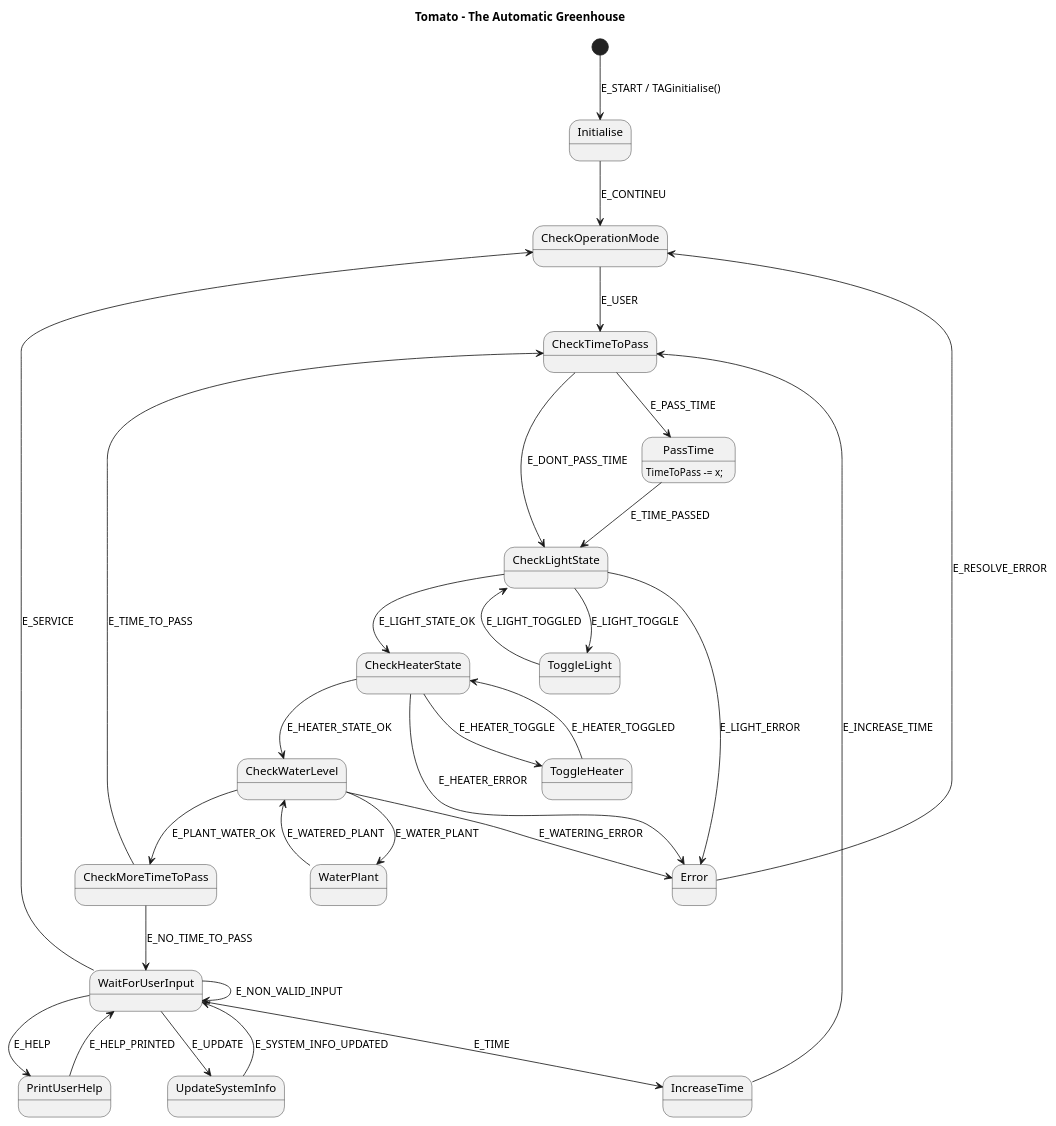
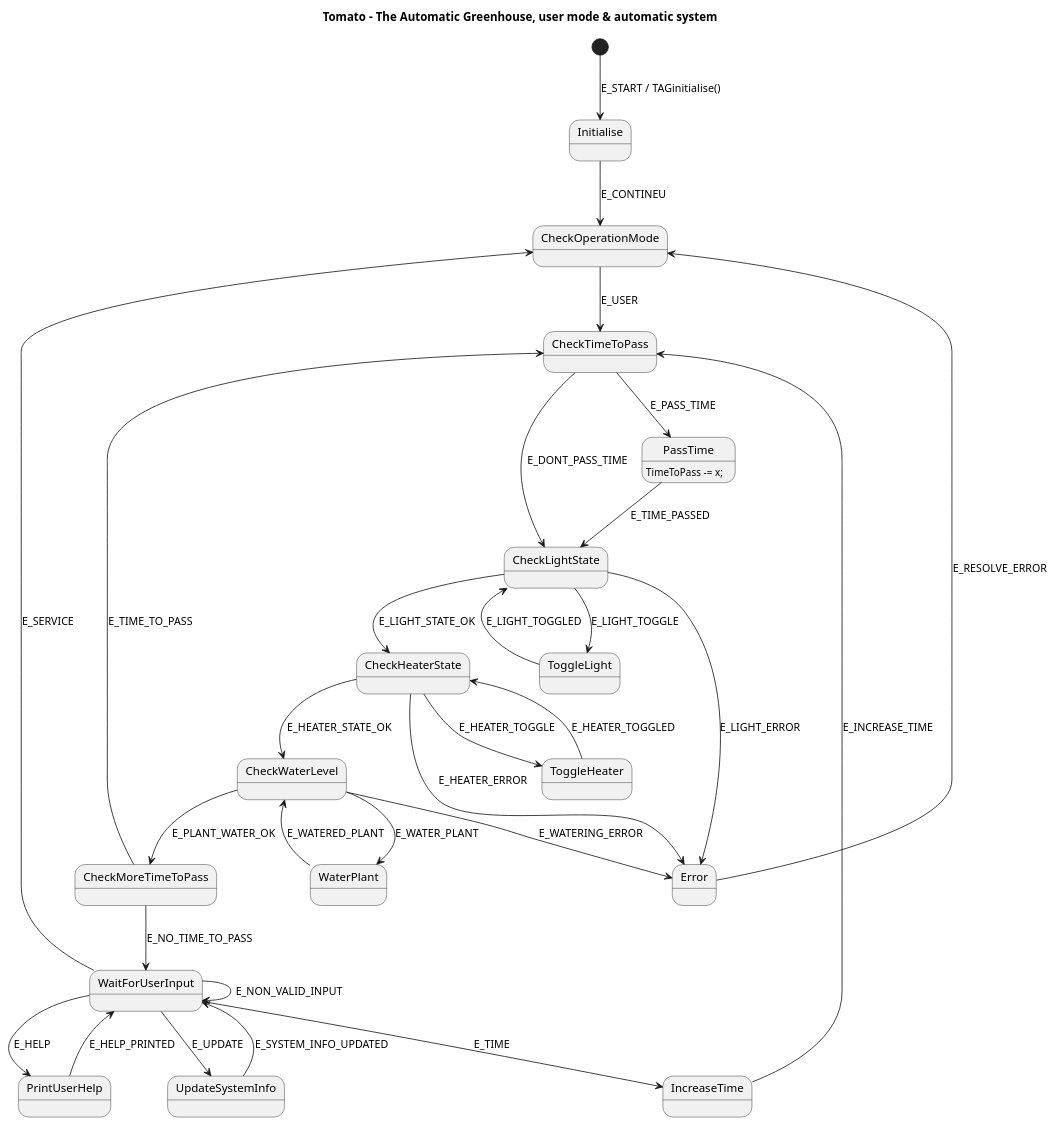
Before and after one commit to r1r3nn3/Tomato: the diagram in Tomato_UML/Tomato user UML.puml, drawn with PlantUML. The commit also changed 9 other files, not shown here.

```diff
--- a/Tomato_UML/Tomato user UML.puml
+++ b/Tomato_UML/Tomato user UML.puml
@@ -1,48 +1,48 @@
 @startuml
 
-title Tomato - The Automatic Greenhouse
+title Tomato - The Automatic Greenhouse, user mode & automatic system
 
 [*] --> Initialise : E_START / TAGinitialise()
 Initialise --> CheckOperationMode : E_CONTINEU
 
 CheckOperationMode --> CheckTimeToPass : E_USER
 
 Error --> CheckOperationMode : E_RESOLVE_ERROR
 
 CheckTimeToPass --> PassTime : E_PASS_TIME
 CheckTimeToPass --> CheckLightState : E_DONT_PASS_TIME
 PassTime --> CheckLightState : E_TIME_PASSED
 PassTime : TimeToPass -= x;
 
 CheckLightState --> ToggleLight : E_LIGHT_TOGGLE
 ToggleLight --> CheckLightState : E_LIGHT_TOGGLED
 CheckLightState --> Error : E_LIGHT_ERROR
 CheckLightState --> CheckHeaterState : E_LIGHT_STATE_OK
 
 CheckWaterLevel --> WaterPlant : E_WATER_PLANT
 WaterPlant --> CheckWaterLevel : E_WATERED_PLANT
 CheckWaterLevel --> Error : E_WATERING_ERROR
 CheckWaterLevel --> CheckMoreTimeToPass : E_PLANT_WATER_OK
 
 CheckHeaterState --> ToggleHeater : E_HEATER_TOGGLE
 ToggleHeater --> CheckHeaterState : E_HEATER_TOGGLED
 CheckHeaterState --> Error : E_HEATER_ERROR
 CheckHeaterState --> CheckWaterLevel : E_HEATER_STATE_OK
 
 CheckMoreTimeToPass --> CheckTimeToPass : E_TIME_TO_PASS
 CheckMoreTimeToPass --> WaitForUserInput : E_NO_TIME_TO_PASS
 
 WaitForUserInput --> WaitForUserInput : E_NON_VALID_INPUT
 
 WaitForUserInput --> IncreaseTime : E_TIME
 IncreaseTime --> CheckTimeToPass : E_INCREASE_TIME
 
 WaitForUserInput --> PrintUserHelp : E_HELP
 PrintUserHelp --> WaitForUserInput : E_HELP_PRINTED
 
 WaitForUserInput --> UpdateSystemInfo : E_UPDATE
 UpdateSystemInfo --> WaitForUserInput : E_SYSTEM_INFO_UPDATED
 
 WaitForUserInput --> CheckOperationMode : E_SERVICE
 
 @enduml
```
